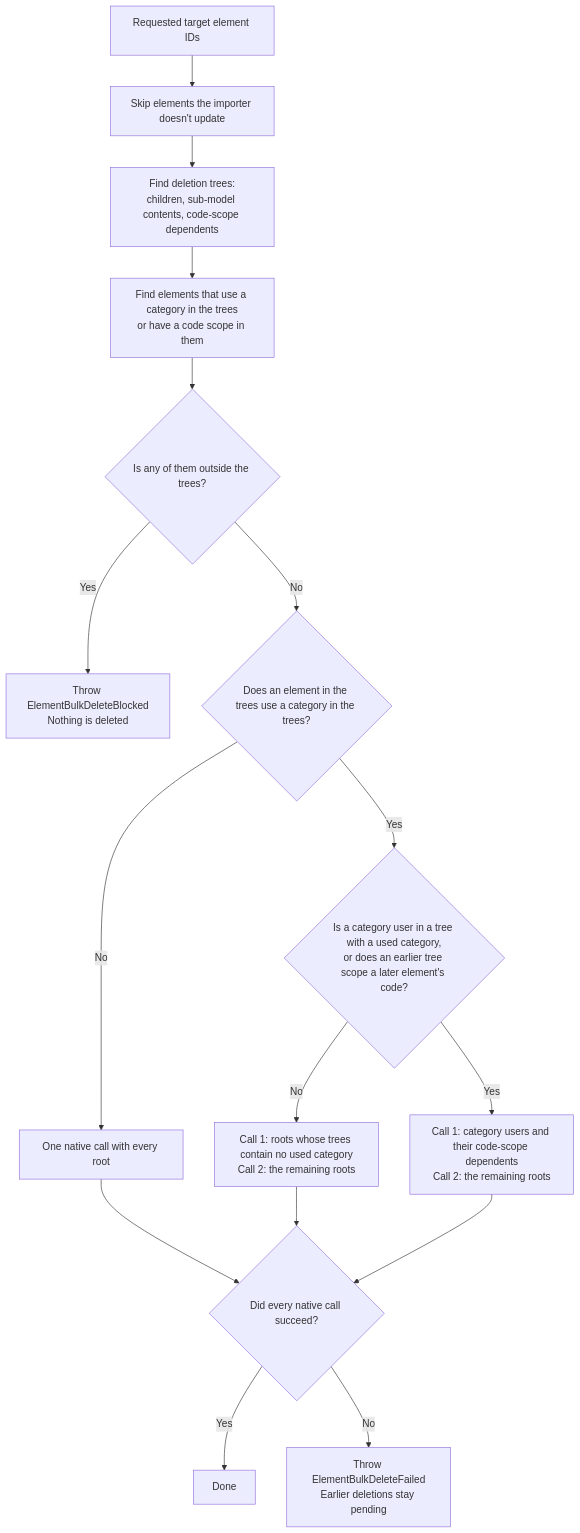
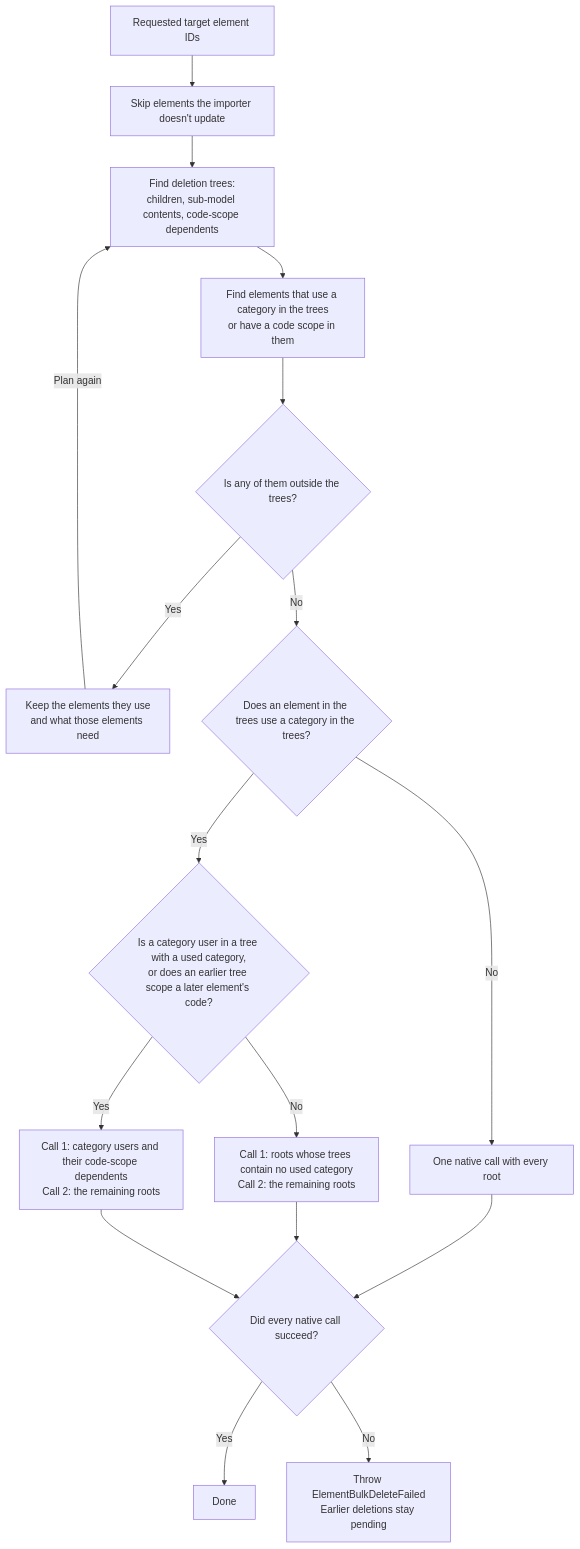
The diagram in docs/learning/transformer/element-deletion.md (iTwin/imodel-transformer), drawn with Mermaid before and after one commit. The commit also changed other lines of this file and 9 other files, not shown here.

First line of the commit message:
feat(transformer): keep elements still in use when deleting a batch

````diff
--- a/docs/learning/transformer/element-deletion.md
+++ b/docs/learning/transformer/element-deletion.md
@@ -25,18 +25,19 @@
 ```mermaid
 flowchart TD
     A["Requested target element IDs"] --> B["Skip elements the importer doesn't update"]
     B --> C["Find deletion trees:<br/>children, sub-model contents, code-scope dependents"]
     C --> D["Find elements that use a category in the trees<br/>or have a code scope in them"]
     D --> E{"Is any of them outside the trees?"}
-    E -->|"Yes"| F["Throw ElementBulkDeleteBlocked<br/>Nothing is deleted"]
+    E -->|"Yes"| F["Keep the elements they use<br/>and what those elements need"]
+    F -->|"Plan again"| C
     E -->|"No"| G{"Does an element in the trees use a category in the trees?"}
     G -->|"No"| H["One native call with every root"]
     G -->|"Yes"| S{"Is a category user in a tree with a used category,<br/>or does an earlier tree scope a later element's code?"}
     S -->|"No"| I["Call 1: roots whose trees contain no used category<br/>Call 2: the remaining roots"]
     S -->|"Yes"| U["Call 1: category users and their code-scope dependents<br/>Call 2: the remaining roots"]
     H --> J{"Did every native call succeed?"}
     I --> J
     U --> J
     J -->|"Yes"| K["Done"]
     J -->|"No"| L["Throw ElementBulkDeleteFailed<br/>Earlier deletions stay pending"]
 ```
````
